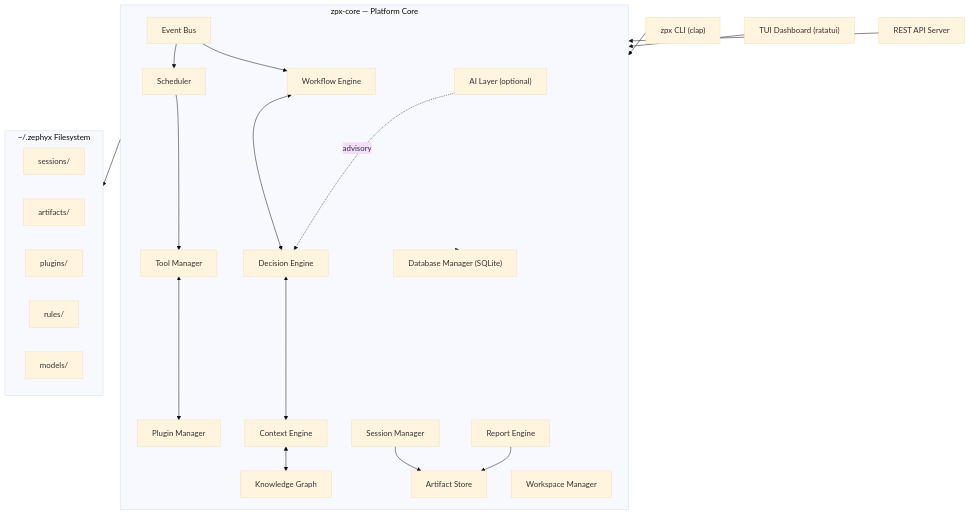
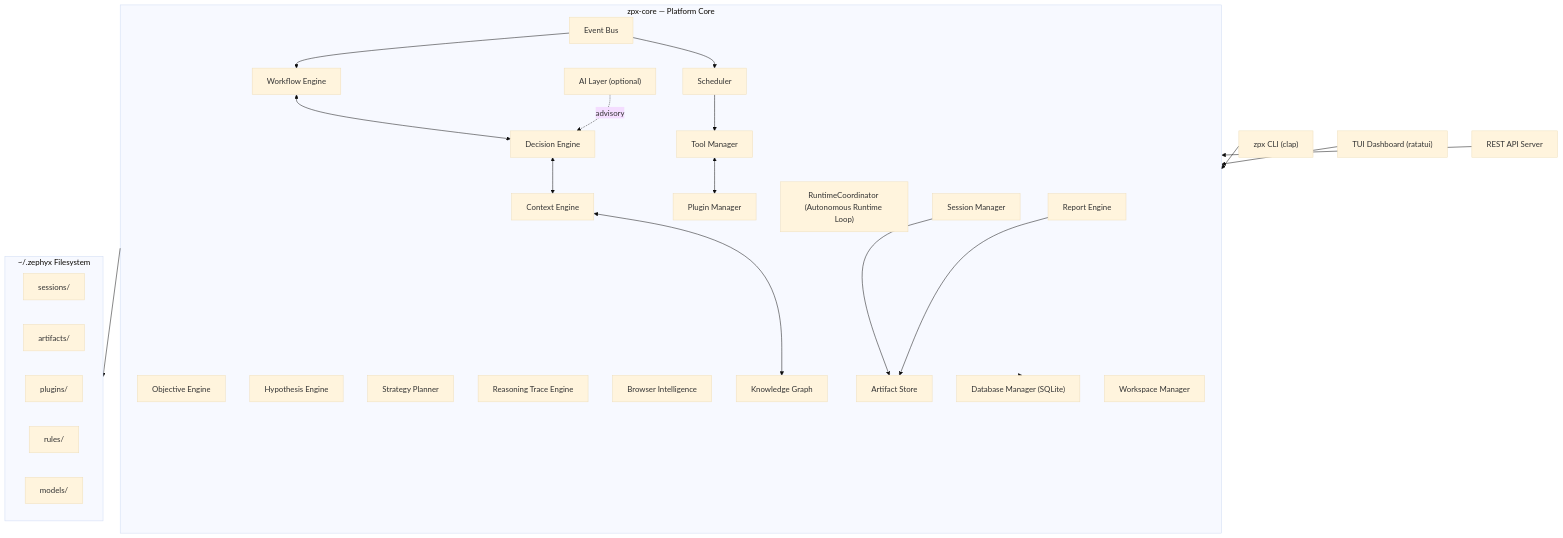
Before and after one commit to Ghost-101-ui/Zephyx: the first of 4 diagrams in docs/architecture.md, drawn with Mermaid (base theme). The commit also changed 2 other files, not shown here.

Commit message:
docs: update README, CHANGELOG, and architecture docs for v0.6.4 and v0.6.5

````diff
--- a/docs/architecture.md
+++ b/docs/architecture.md
@@ -23,47 +23,53 @@
 ```mermaid
 graph TB
     CLI["zpx CLI (clap)"]
     TUI["TUI Dashboard (ratatui)"]
     API["REST API Server"]
 
     subgraph Core ["zpx-core — Platform Core"]
+        RC["RuntimeCoordinator (Autonomous Runtime Loop)"]
+        OE["Objective Engine"]
+        HE["Hypothesis Engine"]
+        SP["Strategy Planner"]
+        RT["Reasoning Trace Engine"]
+        BI["Browser Intelligence"]
         WF["Workflow Engine"]
         DE["Decision Engine"]
         TM["Tool Manager"]
         PM["Plugin Manager"]
         SM["Session Manager"]
         KG["Knowledge Graph"]
         CE["Context Engine"]
         SC["Scheduler"]
         AS["Artifact Store"]
         RE["Report Engine"]
         EB["Event Bus"]
         AI["AI Layer (optional)"]
         DB["Database Manager (SQLite)"]
         WS["Workspace Manager"]
     end
 
     subgraph Storage ["~/.zephyx Filesystem"]
         SESSIONS["sessions/"]
         ARTIFACTS["artifacts/"]
         PLUGINS["plugins/"]
         RULES["rules/"]
         MODELS["models/"]
     end
 
     CLI --> Core
     TUI --> Core
     API --> Core
     Core --> DB
     Core --> Storage
     WF <--> DE
     DE <--> CE
     CE <--> KG
     TM <--> PM
     SC --> TM
     SM --> AS
     RE --> AS
     EB --> WF
     EB --> SC
     AI -.->|advisory| DE
 ```
````
